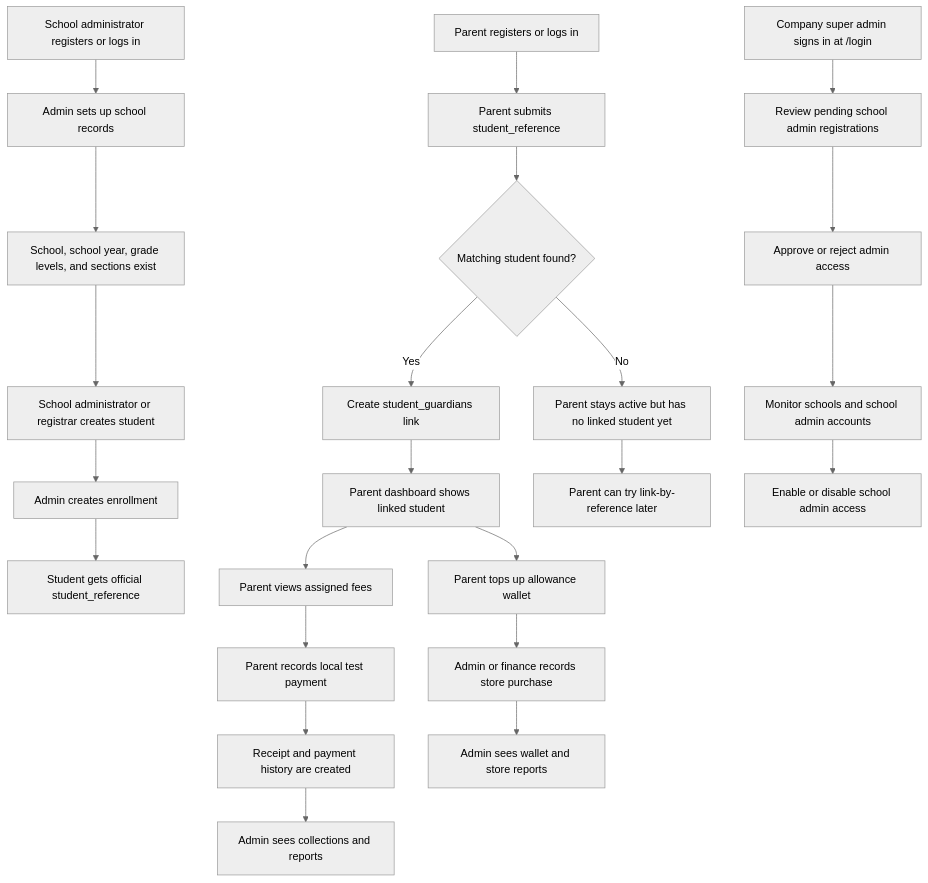
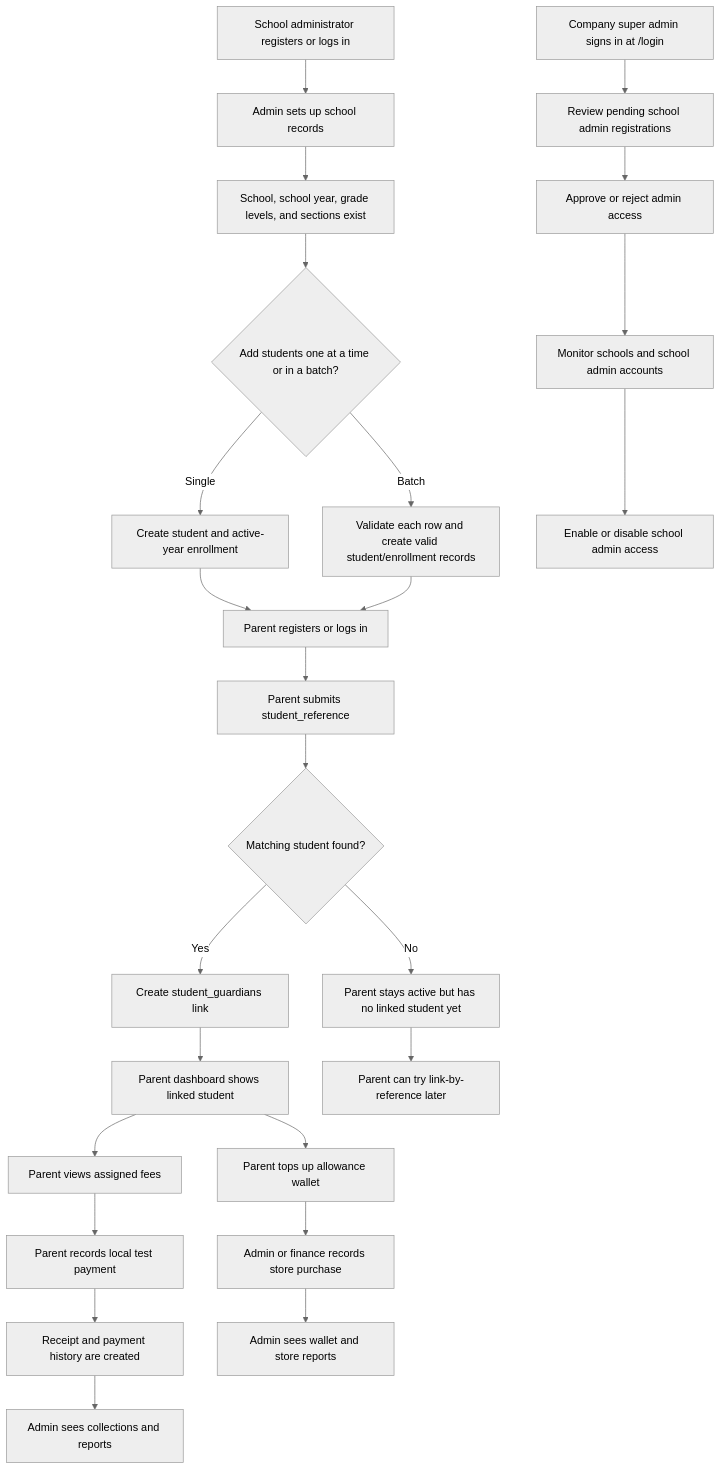
One commit to Xeyn19/xmetapay changed the first of 21 diagrams in docs/PROJECT_FLOWCHARTS.md. Above: the diagram before and after it, drawn with Mermaid (neutral theme). The commit also changed other lines of this file and 10 other files, not shown here.

````diff
--- a/docs/PROJECT_FLOWCHARTS.md
+++ b/docs/PROJECT_FLOWCHARTS.md
@@ -74,28 +74,30 @@
 ```mermaid
 flowchart TD
   A["School administrator registers or logs in"] --> B["Admin sets up school records"]
   B --> C["School, school year, grade levels, and sections exist"]
-  C --> D["School administrator or registrar creates student"]
-  D --> E["Admin creates enrollment"]
-  E --> F["Student gets official student_reference"]
+  C --> D{"Add students one at a time or in a batch?"}
+  D -->|Single| E["Create student and active-year enrollment"]
+  D -->|Batch| F["Validate each row and create valid student/enrollment records"]
+  E --> G["Student gets official student_reference"]
+  F --> G
 
   G["Parent registers or logs in"] --> H["Parent submits student_reference"]
   H --> I{"Matching student found?"}
   I -->|Yes| J["Create student_guardians link"]
   I -->|No| K["Parent stays active but has no linked student yet"]
   J --> L["Parent dashboard shows linked student"]
   K --> M["Parent can try link-by-reference later"]
 
   L --> N["Parent views assigned fees"]
   N --> O["Parent records local test payment"]
   O --> P["Receipt and payment history are created"]
   L --> Q["Parent tops up allowance wallet"]
   Q --> R["Admin or finance records store purchase"]
 
   P --> S["Admin sees collections and reports"]
   R --> T["Admin sees wallet and store reports"]
   U["Company super admin signs in at /login"] --> V["Review pending school admin registrations"]
   V --> W["Approve or reject admin access"]
   W --> X["Monitor schools and school admin accounts"]
   X --> Y["Enable or disable school admin access"]
 ```
````
